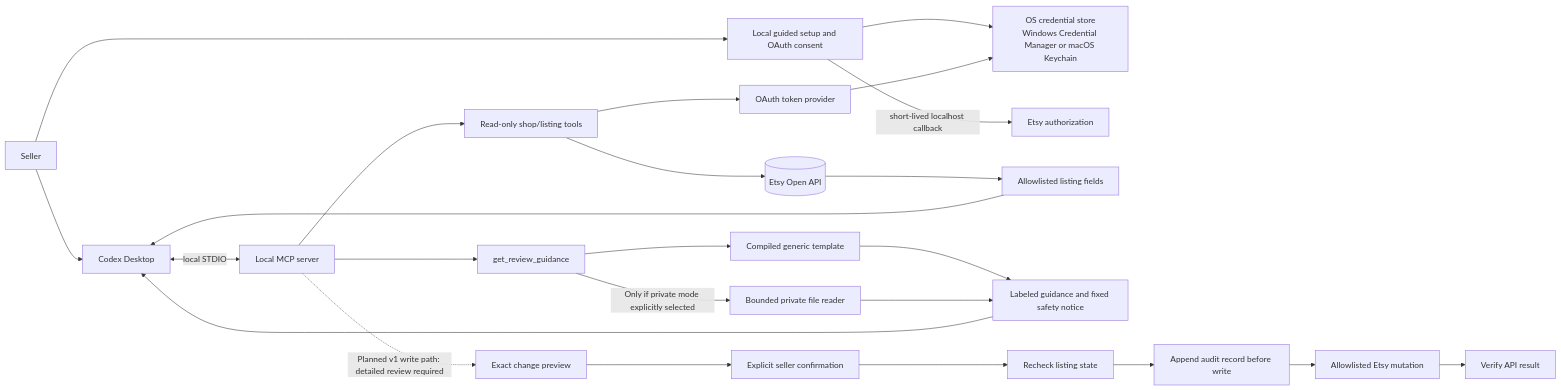
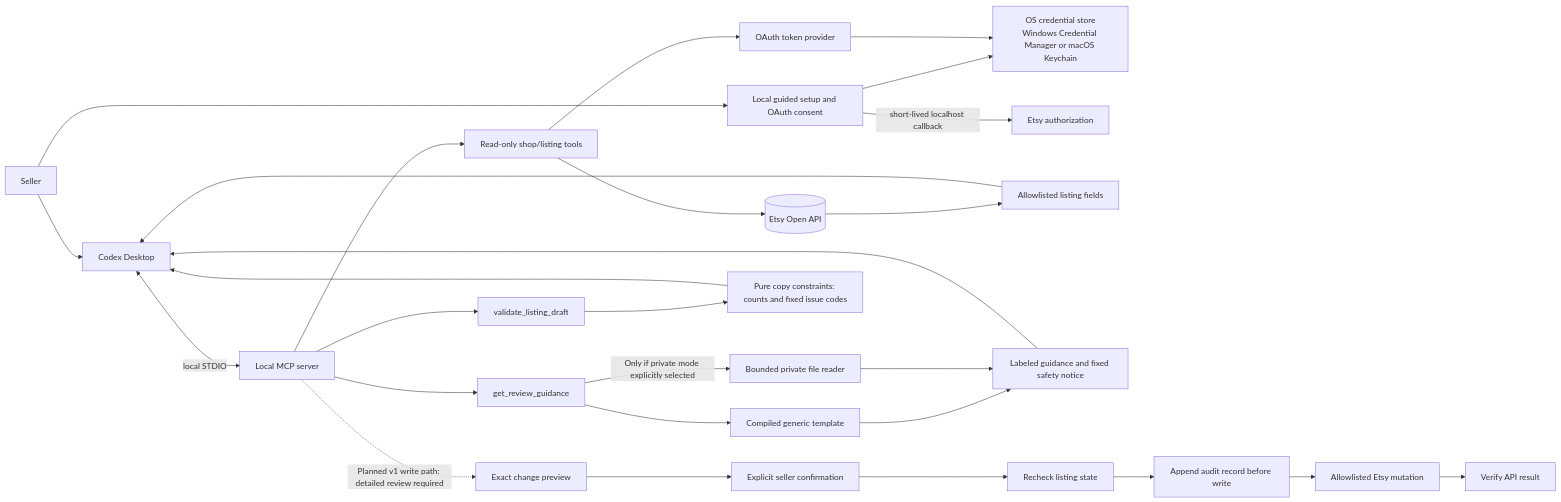
Before and after one commit to stevenfarmer/etsySellerAssistant: the second of 3 diagrams in docs/architecture.md, drawn with Mermaid. The commit also changed other lines of this file and 22 other files, not shown here.

First line of the commit message:
Add review workflow and local listing-draft preflight (chunk 2A) (#24)

````diff
--- a/docs/architecture.md
+++ b/docs/architecture.md
@@ -35,26 +35,29 @@
 ```mermaid
 flowchart LR
   seller[Seller] --> setup[Local guided setup and OAuth consent]
   setup --> store[OS credential store<br/>Windows Credential Manager or macOS Keychain]
   setup -->|short-lived localhost callback| etsyAuth[Etsy authorization]
   seller --> codex[Codex Desktop]
   codex <-->|local STDIO| mcp[Local MCP server]
   mcp --> readTools[Read-only shop/listing tools]
   readTools --> oauth[OAuth token provider]
   oauth --> store
   readTools --> api[(Etsy Open API)]
   api --> allowlist[Allowlisted listing fields]
   allowlist --> codex
   mcp --> guidance[get_review_guidance]
   guidance --> generic[Compiled generic template]
   guidance -->|Only if private mode explicitly selected| private[Bounded private file reader]
   generic --> labeled[Labeled guidance and fixed safety notice]
   private --> labeled
   labeled --> codex
+  mcp --> preflight[validate_listing_draft]
+  preflight --> checks[Pure copy constraints: counts and fixed issue codes]
+  checks --> codex
   mcp -. "Planned v1 write path: detailed review required" .-> preview[Exact change preview]
   preview --> confirm[Explicit seller confirmation]
   confirm --> stale[Recheck listing state]
   stale --> audit[Append audit record before write]
   audit --> write[Allowlisted Etsy mutation]
   write --> verify[Verify API result]
 ```
````
